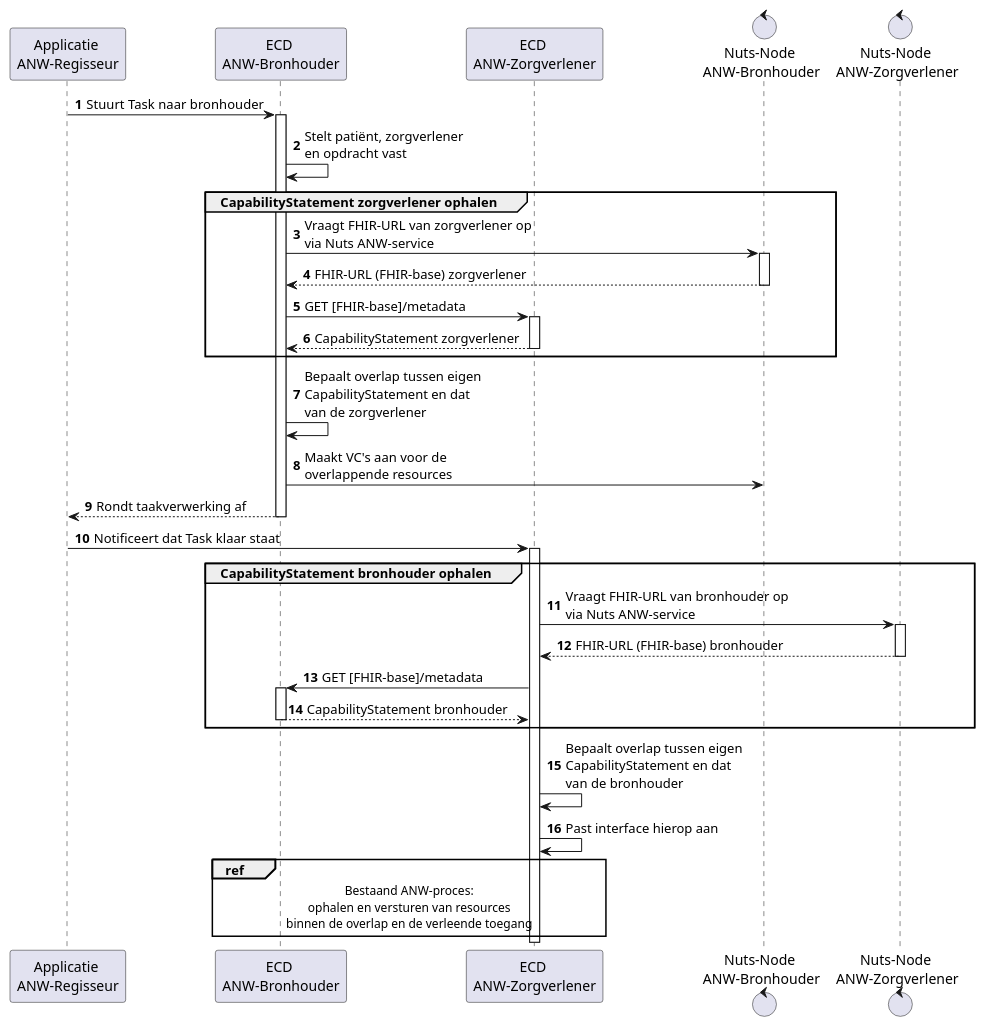
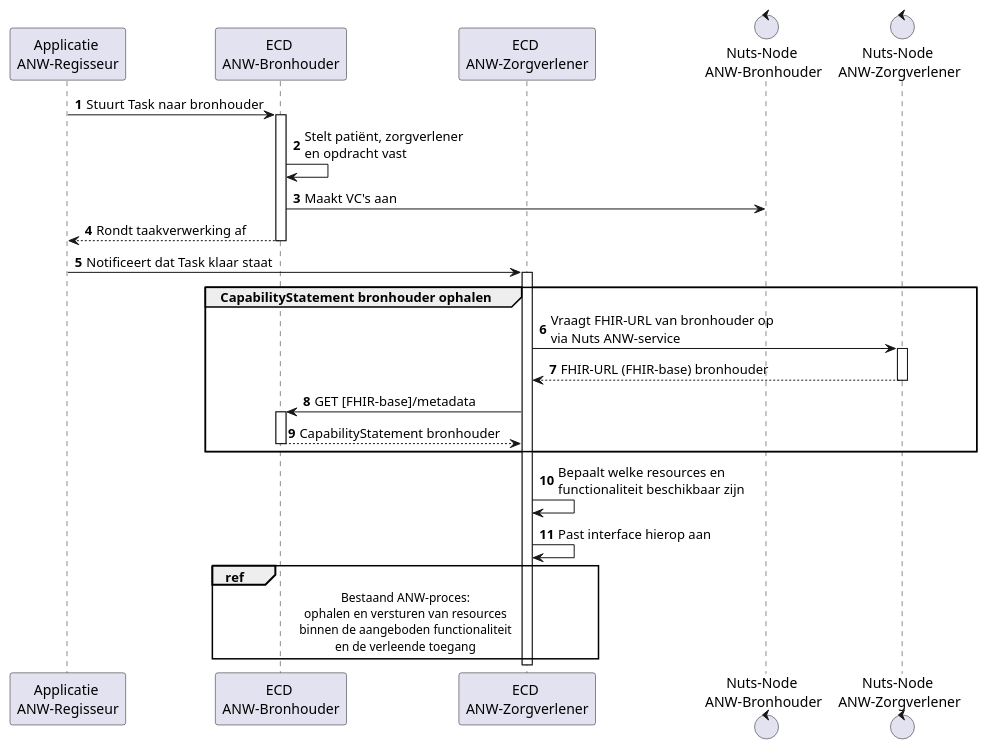
One commit to nuts-foundation/nl-anw-ig changed the diagram in input/images/versioning-sequence.puml. Above: the diagram before and after it, drawn with PlantUML. The commit also changed 1 other file, not shown here.

```diff
--- a/input/images/versioning-sequence.puml
+++ b/input/images/versioning-sequence.puml
@@ -1,40 +1,32 @@
 @startuml
 'https://plantuml.com/sequence-diagram
 'title Sequentie voor het afstemmen van ondersteuning en toegang per taak (versioning)
 
 autonumber
 participant Regisseur as "Applicatie \nANW-Regisseur"
 participant Bronhouder as "ECD \nANW-Bronhouder"
 participant Zorgverlener as "ECD \nANW-Zorgverlener"
 control NutsNodeBronhouder as "Nuts-Node \nANW-Bronhouder"
 control NutsNodeZorgverlener as "Nuts-Node \nANW-Zorgverlener"
 
 Regisseur -> Bronhouder ++: Stuurt Task naar bronhouder
 Bronhouder -> Bronhouder: Stelt patiënt, zorgverlener\nen opdracht vast
 
-group CapabilityStatement zorgverlener ophalen
-Bronhouder -> NutsNodeBronhouder ++: Vraagt FHIR-URL van zorgverlener op\nvia Nuts ANW-service
-return FHIR-URL (FHIR-base) zorgverlener
-Bronhouder -> Zorgverlener ++: GET [FHIR-base]/metadata
-return CapabilityStatement zorgverlener
-end
-
-Bronhouder -> Bronhouder: Bepaalt overlap tussen eigen\nCapabilityStatement en dat\nvan de zorgverlener
-Bronhouder -> NutsNodeBronhouder: Maakt VC's aan voor de\noverlappende resources
+Bronhouder -> NutsNodeBronhouder: Maakt VC's aan
 Bronhouder --> Regisseur --: Rondt taakverwerking af
 
 Regisseur -> Zorgverlener ++: Notificeert dat Task klaar staat
 
 group CapabilityStatement bronhouder ophalen
 Zorgverlener -> NutsNodeZorgverlener ++: Vraagt FHIR-URL van bronhouder op\nvia Nuts ANW-service
 return FHIR-URL (FHIR-base) bronhouder
 Zorgverlener -> Bronhouder ++: GET [FHIR-base]/metadata
 return CapabilityStatement bronhouder
 end
 
-Zorgverlener -> Zorgverlener: Bepaalt overlap tussen eigen\nCapabilityStatement en dat\nvan de bronhouder
+Zorgverlener -> Zorgverlener: Bepaalt welke resources en\nfunctionaliteit beschikbaar zijn
 Zorgverlener -> Zorgverlener: Past interface hierop aan
 
-ref over Bronhouder, Zorgverlener: Bestaand ANW-proces:\nophalen en versturen van resources\nbinnen de overlap en de verleende toegang
+ref over Bronhouder, Zorgverlener: Bestaand ANW-proces:\nophalen en versturen van resources\nbinnen de aangeboden functionaliteit\nen de verleende toegang
 
 @enduml
```
